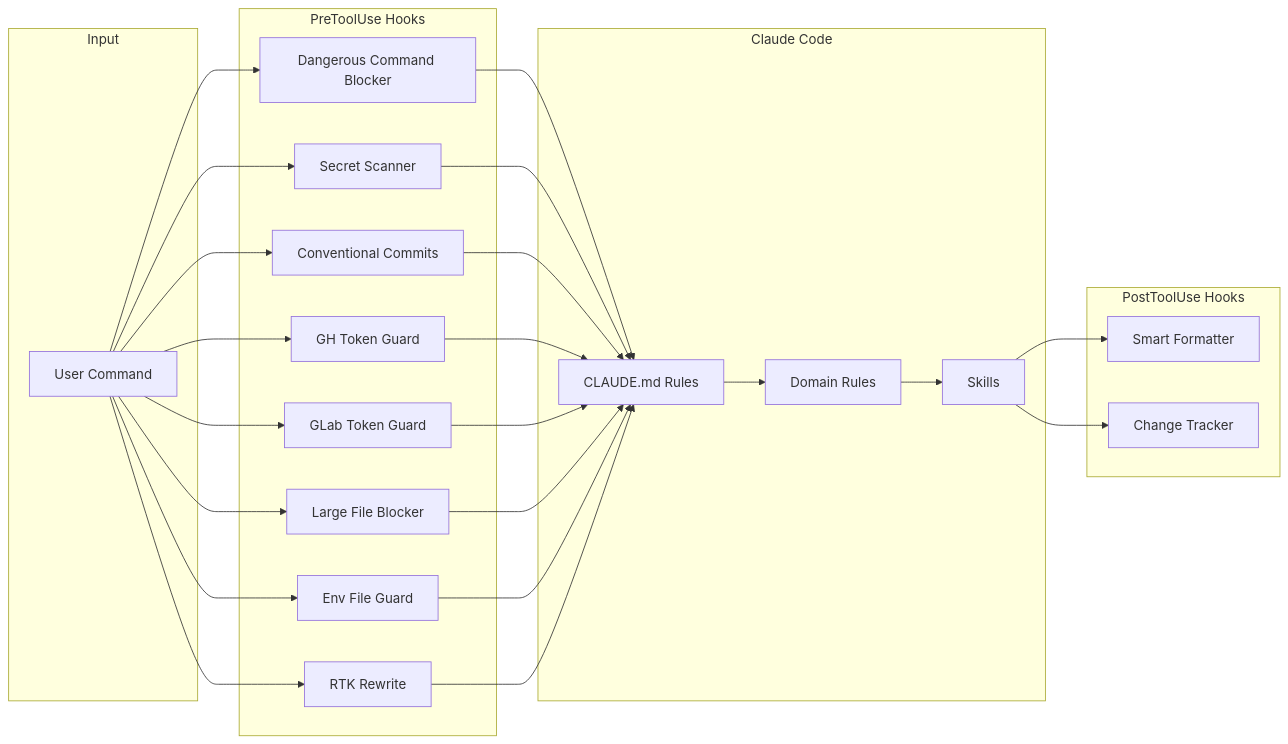
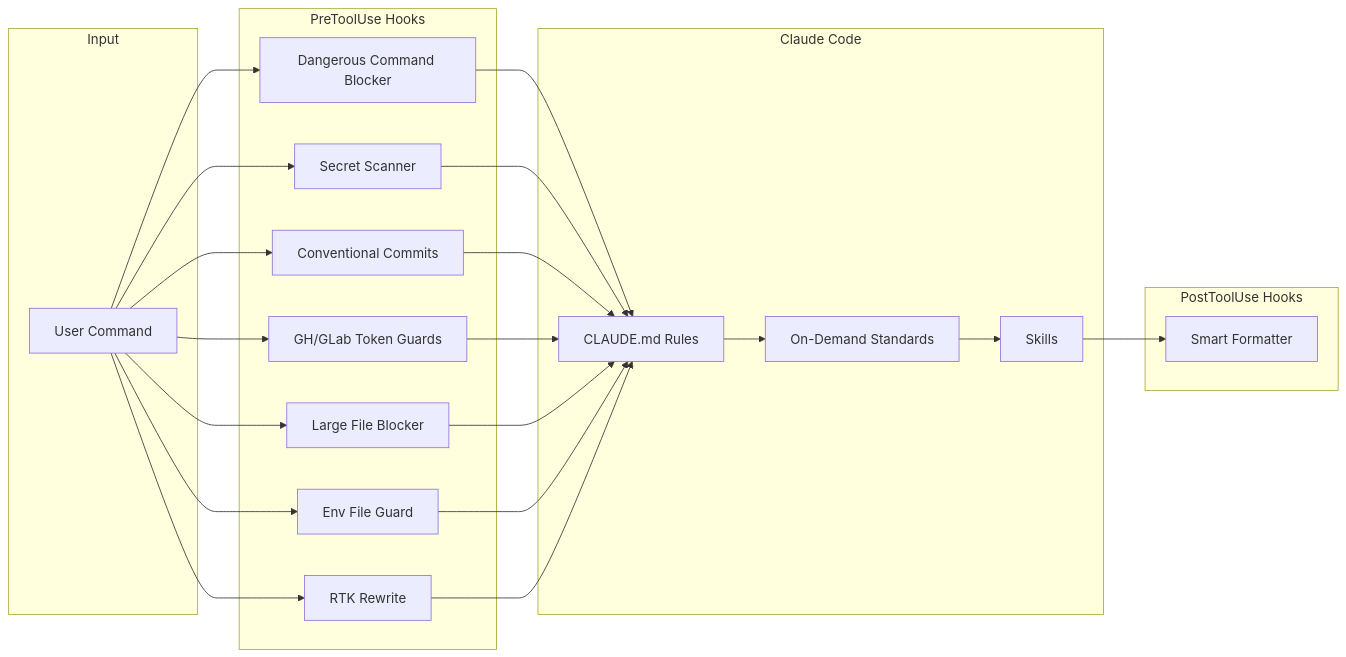
One commit to gufranco/claude-engineering-rules changed the diagram in README.md. Above: the diagram before and after it, drawn with Mermaid. The commit also changed other lines of this file, not shown here.

````diff
--- a/README.md
+++ b/README.md
@@ -95,30 +92,28 @@
 ```mermaid
 graph LR
     subgraph Input
         A[User Command]
     end
     subgraph PreToolUse Hooks
         B[Dangerous Command Blocker]
         C[Secret Scanner]
         D[Conventional Commits]
-        B2[GH Token Guard]
-        B3[GLab Token Guard]
+        B2[GH/GLab Token Guards]
         E2[Large File Blocker]
         F2[Env File Guard]
         R[RTK Rewrite]
     end
     subgraph Claude Code
         E[CLAUDE.md Rules]
-        F[Domain Rules]
+        F[On-Demand Standards]
         G[Skills]
     end
     subgraph PostToolUse Hooks
         H[Smart Formatter]
-        I[Change Tracker]
     end
-    A --> B & C & D & B2 & B3 & E2 & F2 & R
-    B & C & D & B2 & B3 & E2 & F2 & R --> E
+    A --> B & C & D & B2 & E2 & F2 & R
+    B & C & D & B2 & E2 & F2 & R --> E
     E --> F
     F --> G
-    G --> H & I
+    G --> H
 ```
````
